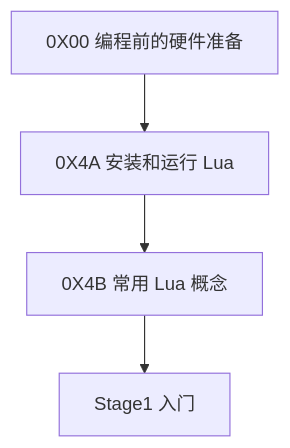
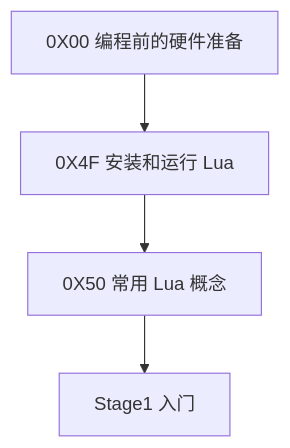
Before and after one commit to ZhiZe-ZG/TXLuaLesson: the second of 16 diagrams in README.md, drawn with Mermaid. The commit also changed other lines of this file and 2 other files, not shown here.

Commit message:
Change names

````diff
--- a/README.md
+++ b/README.md
@@ -46,11 +46,11 @@
 ```mermaid
 graph TD
     C00[0X00 编程前的硬件准备]
-    C4A[0X4A 安装和运行 Lua]
-    C4B[0X4B 常用 Lua 概念]
+    C4F[0X4F 安装和运行 Lua]
+    C50[0X50 常用 Lua 概念]
     S1[Stage1 入门]
 
-    C00-->C4A
-    C4A-->C4B
-    C4B-->S1
+    C00-->C4F
+    C4F-->C50
+    C50-->S1
 ```
````
